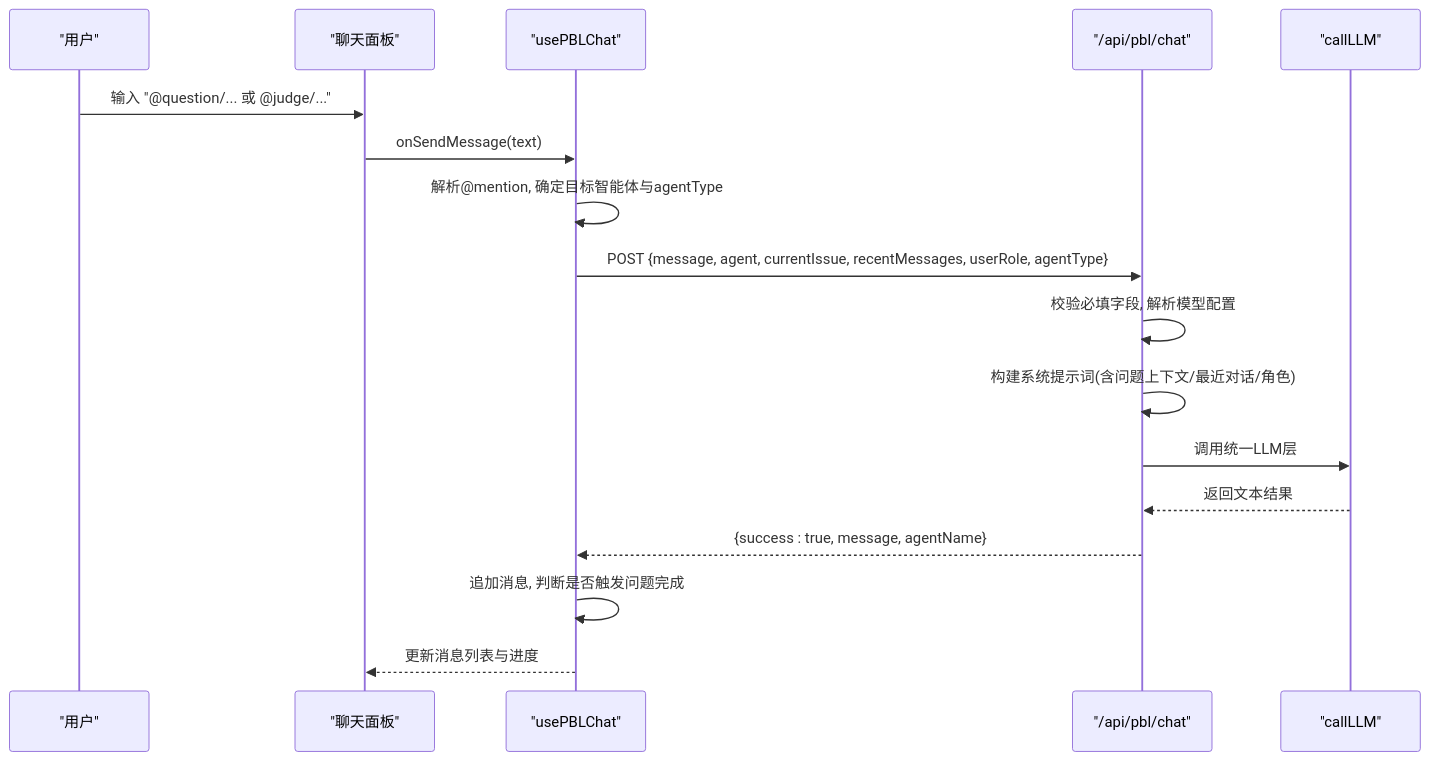
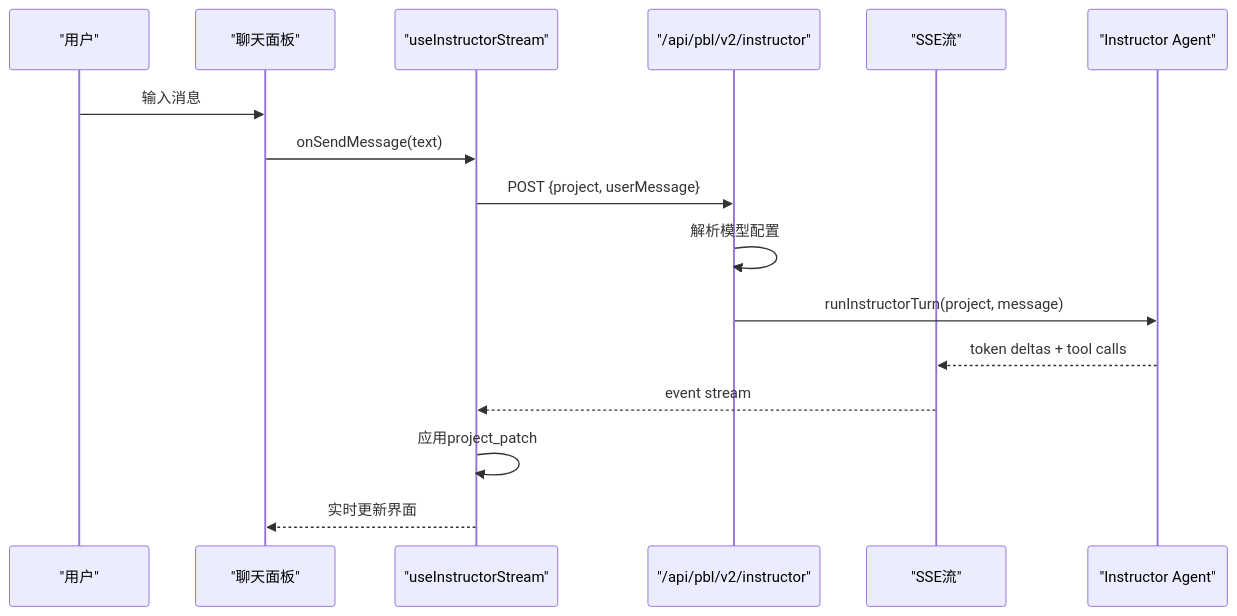
The first of 4 diagrams in .qoder/repowiki/zh/content/API 接口参考/PBL 学习 API/PBL 聊天 API.md (huangboheng/OpenMAIC), drawn with Mermaid before and after one commit. The commit also changed other lines of this file and 23 other files, not shown here.

````diff
--- a/.qoder/repowiki/zh/content/API 接口参考/PBL 学习 API/PBL 聊天 API.md
+++ b/.qoder/repowiki/zh/content/API 接口参考/PBL 学习 API/PBL 聊天 API.md
@@ -24,19 +32,18 @@
 ```mermaid
 sequenceDiagram
 participant U as "用户"
 participant UI as "聊天面板"
-participant Hook as "usePBLChat"
-participant API as "/api/pbl/chat"
-participant LLM as "callLLM"
-U->>UI : 输入 "@question/... 或 @judge/..."
+participant Hook as "useInstructorStream"
+participant API as "/api/pbl/v2/instructor"
+participant SSE as "SSE流"
+participant LLM as "Instructor Agent"
+U->>UI : 输入消息
 UI->>Hook : onSendMessage(text)
-Hook->>Hook : 解析@mention, 确定目标智能体与agentType
-Hook->>API : POST {message, agent, currentIssue, recentMessages, userRole, agentType}
-API->>API : 校验必填字段, 解析模型配置
-API->>API : 构建系统提示词(含问题上下文/最近对话/角色)
-API->>LLM : 调用统一LLM层
-LLM-->>API : 返回文本结果
-API-->>Hook : {success : true, message, agentName}
-Hook->>Hook : 追加消息, 判断是否触发问题完成
-Hook-->>UI : 更新消息列表与进度
+Hook->>API : POST {project, userMessage}
+API->>API : 解析模型配置
+API->>LLM : runInstructorTurn(project, message)
+LLM-->>SSE : token deltas + tool calls
+SSE-->>Hook : event stream
+Hook->>Hook : 应用project_patch
+Hook-->>UI : 实时更新界面
 ```
````
